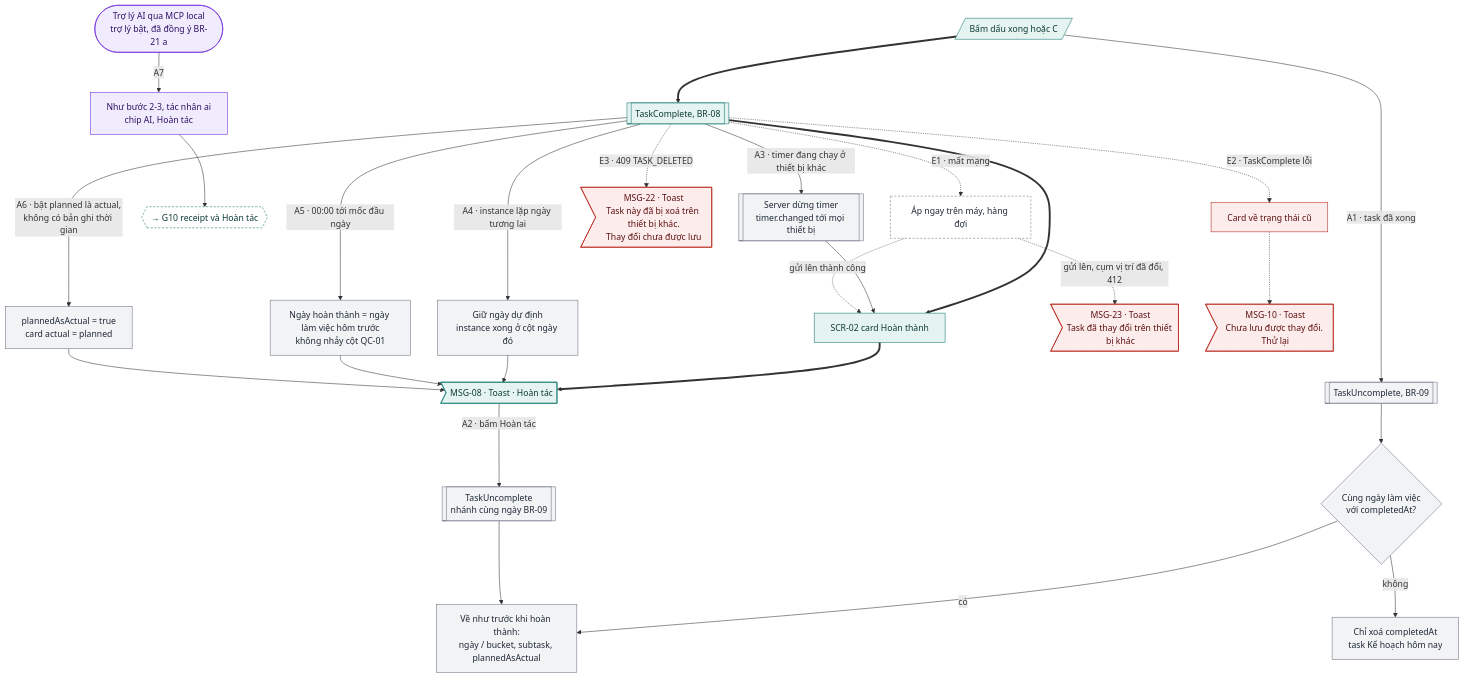
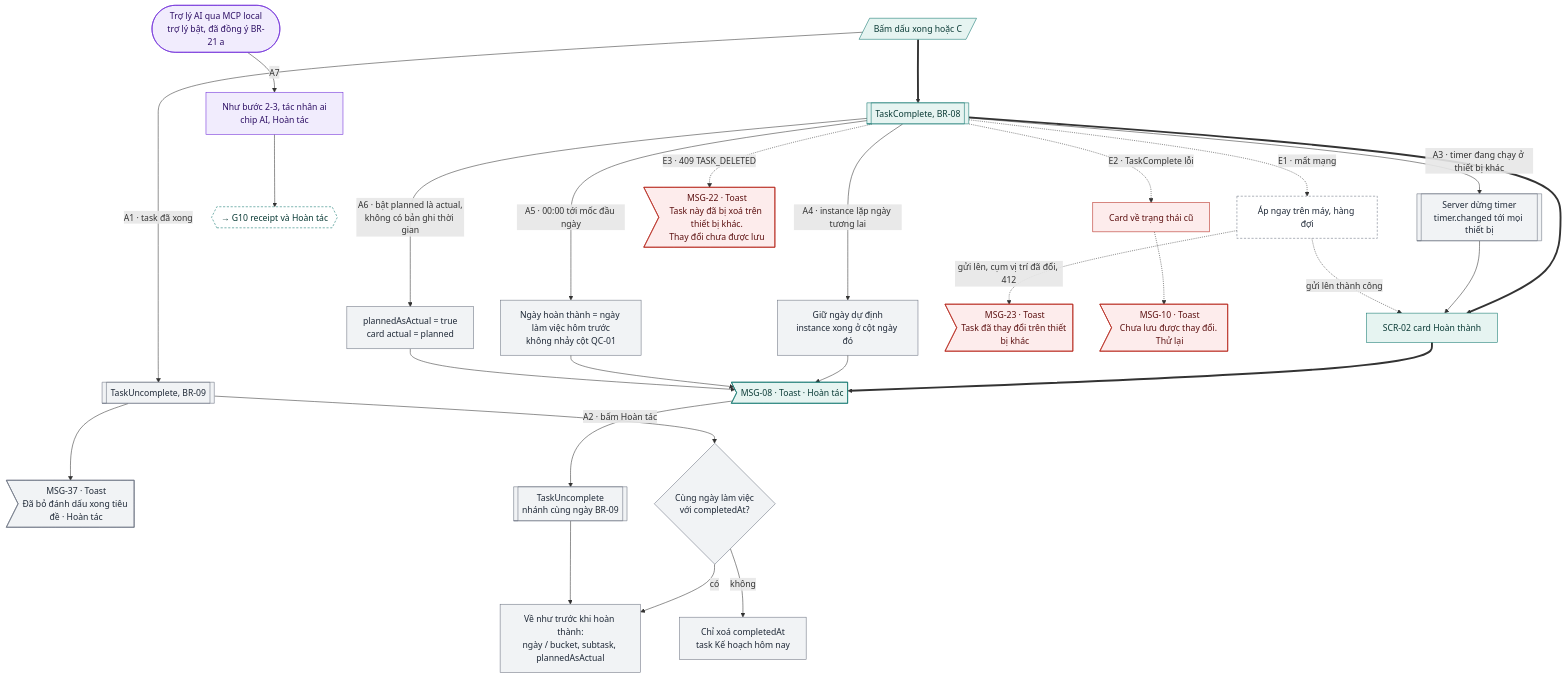
Before and after one commit to tannguyenho/personal-app: the eighth of 15 diagrams in docs/design-brief/flow/g02-quan-ly-task.md, drawn with Mermaid. The commit also changed other lines of this file and 9 other files, not shown here.

````diff
--- a/docs/design-brief/flow/g02-quan-ly-task.md
+++ b/docs/design-brief/flow/g02-quan-ly-task.md
@@ -356,48 +361,49 @@
 ```mermaid
 flowchart TD
   u1[/"Bấm dấu xong hoặc C"/]
   p1[["TaskComplete, BR-08"]]
   s1["SCR-02 card Hoàn thành"]
   m1>"MSG-08 · Toast · Hoàn tác"]
   u1 ==> p1 ==> s1 ==> m1
 
   u1 -->|"A1 · task đã xong"| a1[["TaskUncomplete, BR-09"]]
+  a1 --> a1m>"MSG-37 · Toast<br/>Đã bỏ đánh dấu xong tiêu đề · Hoàn tác"]
   a1 --> d1{"Cùng ngày làm việc<br/>với completedAt?"}
   d1 -->|"có"| a2r["Về như trước khi hoàn thành:<br/>ngày / bucket, subtask, plannedAsActual"]
   d1 -->|"không"| a1r["Chỉ xoá completedAt<br/>task Kế hoạch hôm nay"]
   m1 -->|"A2 · bấm Hoàn tác"| a2[["TaskUncomplete<br/>nhánh cùng ngày BR-09"]]
   a2 --> a2r
   p1 -->|"A3 · timer đang chạy ở thiết bị khác"| a3[["Server dừng timer<br/>timer.changed tới mọi thiết bị"]]
   a3 --> s1
   p1 -->|"A4 · instance lặp ngày tương lai"| a4["Giữ ngày dự định<br/>instance xong ở cột ngày đó"]
   p1 -->|"A5 · 00:00 tới mốc đầu ngày"| a5["Ngày hoàn thành = ngày làm việc hôm trước<br/>không nhảy cột QC-01"]
   p1 -->|"A6 · bật planned là actual,<br/>không có bản ghi thời gian"| a6["plannedAsActual = true<br/>card actual = planned"]
   a4 --> m1
   a5 --> m1
   a6 --> m1
   start7(["Trợ lý AI qua MCP local<br/>trợ lý bật, đã đồng ý BR-21 a"]) -->|"A7"| a7["Như bước 2-3, tác nhân ai<br/>chip AI, Hoàn tác"]
   a7 --> a7x{{"→ G10 receipt và Hoàn tác"}}
 
   p1 -.->|"E1 · mất mạng"| e1["Áp ngay trên máy, hàng đợi"]
   e1 -.->|"gửi lên, cụm vị trí đã đổi, 412"| e1m>"MSG-23 · Toast<br/>Task đã thay đổi trên thiết bị khác"]
   e1 -.->|"gửi lên thành công"| s1
   p1 -.->|"E2 · TaskComplete lỗi"| e2["Card về trạng thái cũ"]
   e2 -.-> e2m>"MSG-10 · Toast<br/>Chưa lưu được thay đổi. Thử lại"]
   p1 -.->|"E3 · 409 TASK_DELETED"| e3m>"MSG-22 · Toast<br/>Task này đã bị xoá trên thiết bị khác.<br/>Thay đổi chưa được lưu"]
 
   class u1,p1,s1,m1 happy
-  class a1,d1,a1r,a2,a2r,a3,a4,a5,a6 alt
+  class a1,a1m,d1,a1r,a2,a2r,a3,a4,a5,a6 alt
   class start7,a7 ai
   class a7x link
   class e1 sync
   class e1m,e2,e2m,e3m err
   classDef happy fill:#E6F4F1,stroke:#0F766E,color:#0B3B36
   classDef alt fill:#F1F3F5,stroke:#6B7280,color:#1F2937
   classDef err fill:#FDECEC,stroke:#B42318,color:#5C1010
   classDef warn fill:#FEF4E2,stroke:#B45309,color:#4A2604
   classDef ai fill:#F1ECFD,stroke:#6D28D9,color:#2E1065
   classDef sync fill:#FFFFFF,stroke:#6B7280,stroke-dasharray:4 3,color:#1F2937
   classDef link fill:#FFFFFF,stroke:#0F766E,stroke-dasharray:4 3,color:#0B3B36
   classDef done fill:#E6F4F1,stroke:#0F766E,stroke-width:3px,color:#0B3B36
   classDef fail fill:#FDECEC,stroke:#B42318,stroke-width:3px,color:#5C1010
 ```
````
